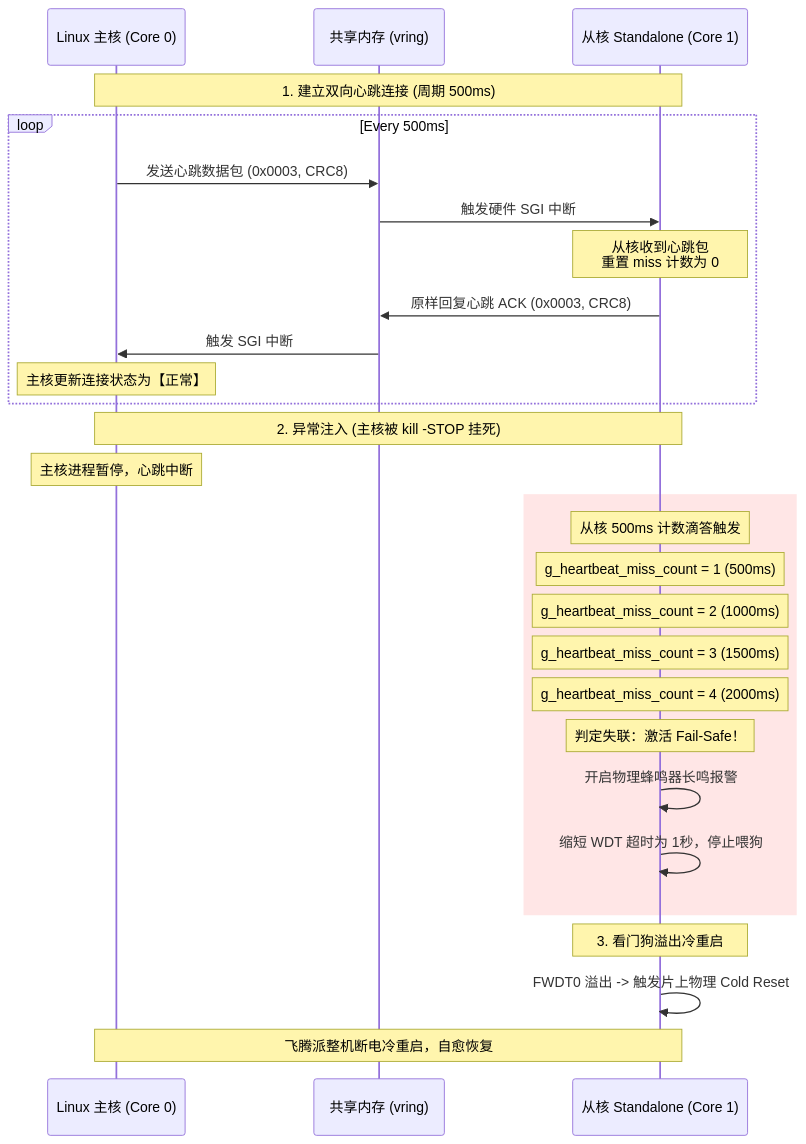
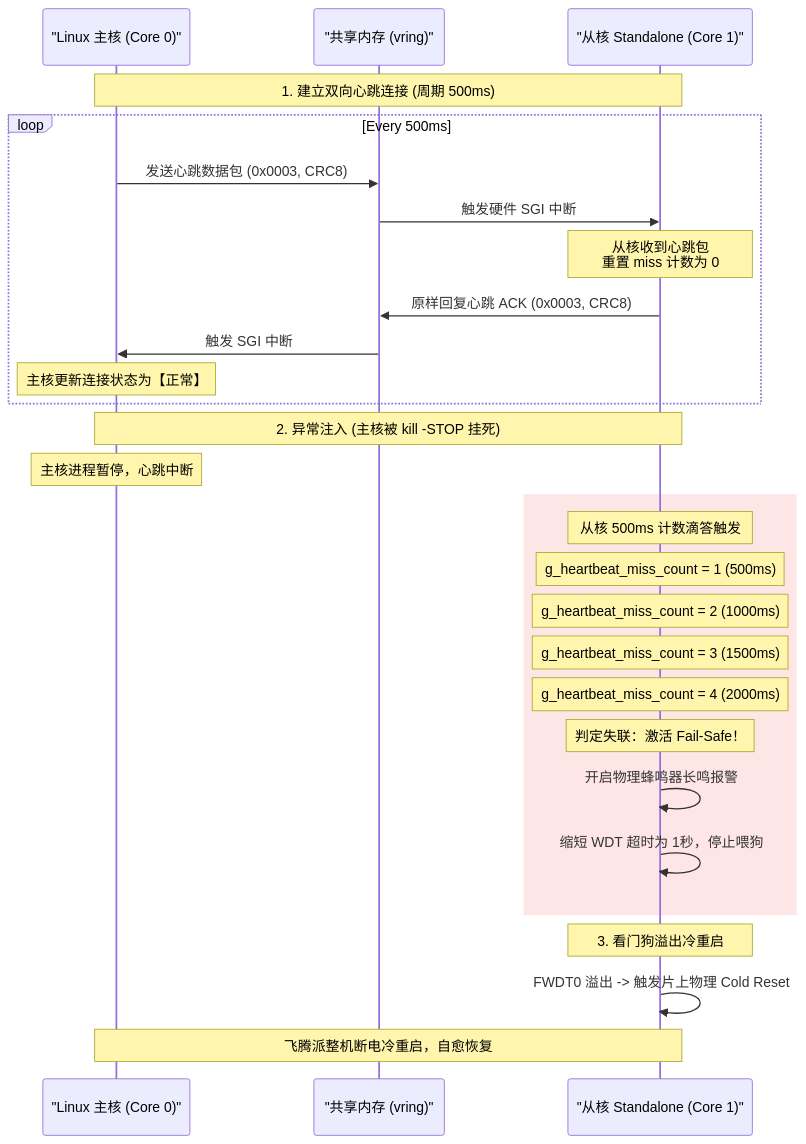
Before and after one commit to istiurosmadelgordont-cloud/PPE_System: the diagram in Phytium_PPE_System_SourceCode/docs/communication-flow.md, drawn with Mermaid.

Commit message:
docs: 修复 communication-flow 中 Mermaid 时序图由于未加双引号导致的渲染错误

````diff
--- a/Phytium_PPE_System_SourceCode/docs/communication-flow.md
+++ b/Phytium_PPE_System_SourceCode/docs/communication-flow.md
@@ -102,34 +102,34 @@
 ```mermaid
 sequenceDiagram
-    participant Master as Linux 主核 (Core 0)
-    participant Shared as 共享内存 (vring)
-    participant Slave as 从核 Standalone (Core 1)
+    participant Master as "Linux 主核 (Core 0)"
+    participant Shared as "共享内存 (vring)"
+    participant Slave as "从核 Standalone (Core 1)"
 
     Note over Master, Slave: 1. 建立双向心跳连接 (周期 500ms)
     loop Every 500ms
         Master->>Shared: 发送心跳数据包 (0x0003, CRC8)
         Shared->>Slave: 触发硬件 SGI 中断
-        Note over Slave: 从核收到心跳包<br/>重置 miss 计数为 0
+        Note over Slave: 从核收到心跳包<br>重置 miss 计数为 0
         Slave->>Shared: 原样回复心跳 ACK (0x0003, CRC8)
         Shared->>Master: 触发 SGI 中断
         Note over Master: 主核更新连接状态为【正常】
     end
 
     Note over Master, Slave: 2. 异常注入 (主核被 kill -STOP 挂死)
     Note over Master: 主核进程暂停，心跳中断
 
     rect rgb(255, 230, 230)
         Note over Slave: 从核 500ms 计数滴答触发
         Note over Slave: g_heartbeat_miss_count = 1 (500ms)
         Note over Slave: g_heartbeat_miss_count = 2 (1000ms)
         Note over Slave: g_heartbeat_miss_count = 3 (1500ms)
         Note over Slave: g_heartbeat_miss_count = 4 (2000ms)
         Note over Slave: 判定失联：激活 Fail-Safe！
         Slave->>Slave: 开启物理蜂鸣器长鸣报警
         Slave->>Slave: 缩短 WDT 超时为 1秒，停止喂狗
     end
 
     Note over Slave: 3. 看门狗溢出冷重启
     Slave->>Slave: FWDT0 溢出 -> 触发片上物理 Cold Reset
     Note over Master, Slave: 飞腾派整机断电冷重启，自愈恢复
 ```
````
